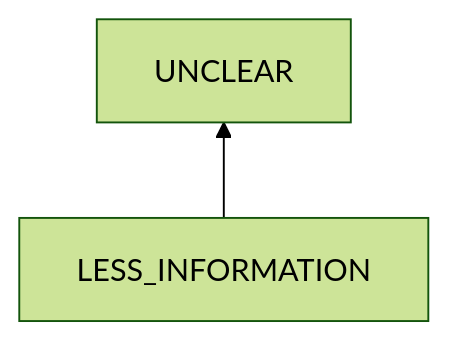
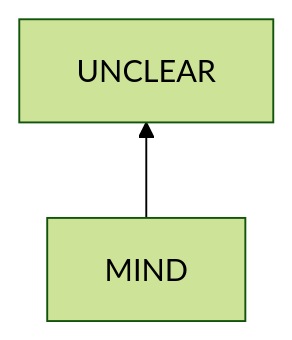
One commit to SuxinL/Notes changed the third of 4 diagrams in Problem Solving/health/psychology/motivation/reluctance.md. Above: the diagram before and after it, drawn with Mermaid (forest theme). The commit also changed other lines of this file and 202 other files, not shown here.

````diff
--- a/Problem Solving/health/psychology/motivation/reluctance.md
+++ b/Problem Solving/health/psychology/motivation/reluctance.md
@@ -222,4 +149,4 @@
 ```mermaid
 flowchart BT
-	LESS_INFORMATION --> UNCLEAR
-```	
+	MIND --> UNCLEAR
+```
````
